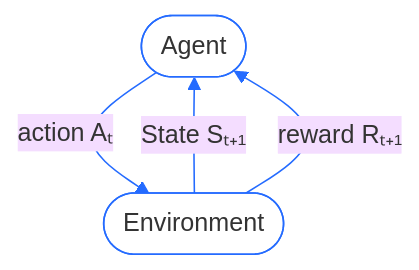
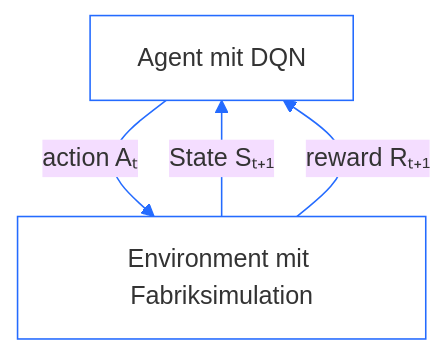
Before and after one commit to ghackenberg/SpineML: diagram 17 of 18 in README.md, drawn with Mermaid (base theme). The commit also changed other lines of this file and 6 other files, not shown here.

````diff
--- a/README.md
+++ b/README.md
@@ -2907,13 +2909,13 @@
 ```mermaid
 flowchart TB
-    A([Agent])
-    E([Environment])
+    A["Agent mit DQN"]
+    E["Environment mit Fabriksimulation"]
 
     A -->|"action Aₜ"| E
     E -->|"State Sₜ₊₁"| A
     E -->|"reward Rₜ₊₁"| A
 
     style A fill:#ffffff,stroke:#246bff,color:#333333
     style E fill:#ffffff,stroke:#246bff,color:#333333
     linkStyle default stroke:#246bff
 ```
````
